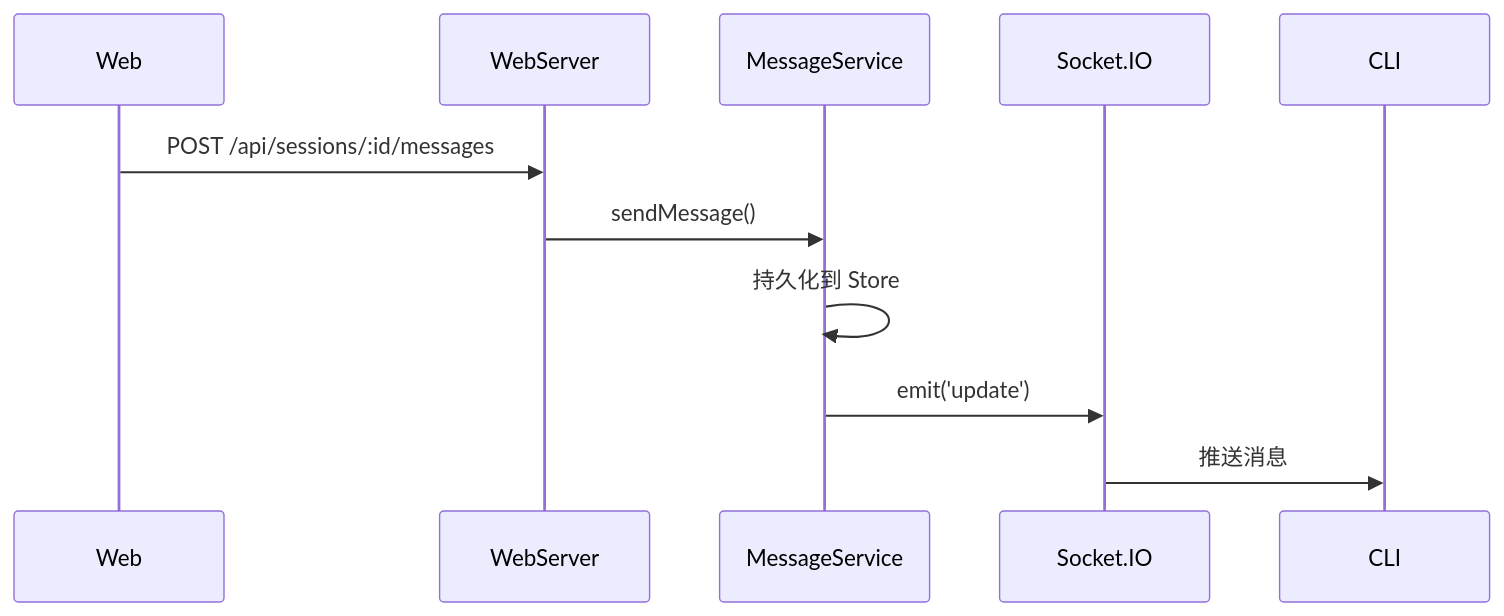
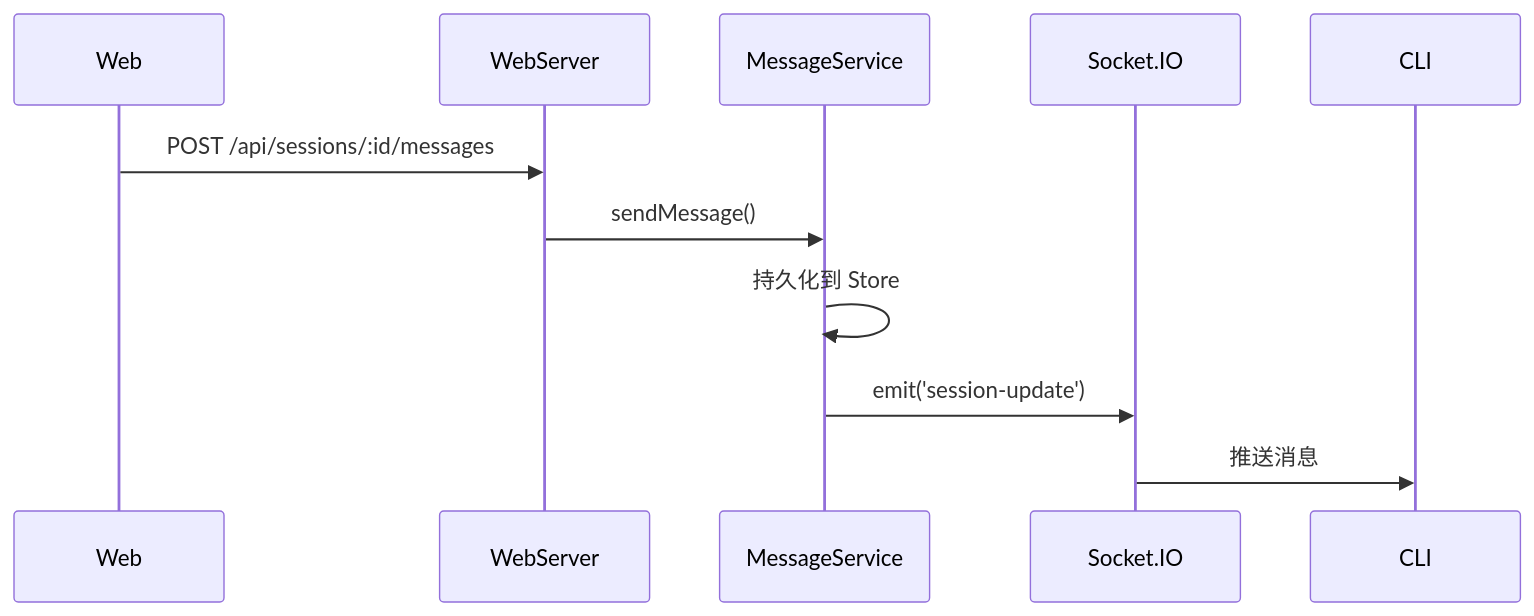
One commit to ModuBit/mobi changed the diagram in docs/architecture/hub/web/api/messages.md. Above: the diagram before and after it, drawn with Mermaid. The commit also changed 42 other files, not shown here.

````diff
--- a/docs/architecture/hub/web/api/messages.md
+++ b/docs/architecture/hub/web/api/messages.md
@@ -139,14 +139,14 @@
 ```mermaid
 sequenceDiagram
     participant Web
     participant WebServer
     participant MessageService
     participant Socket.IO
     participant CLI
 
     Web->>WebServer: POST /api/sessions/:id/messages
     WebServer->>MessageService: sendMessage()
     MessageService->>MessageService: 持久化到 Store
-    MessageService->>Socket.IO: emit('update')
+    MessageService->>Socket.IO: emit('session-update')
     Socket.IO->>CLI: 推送消息
 ```
````
